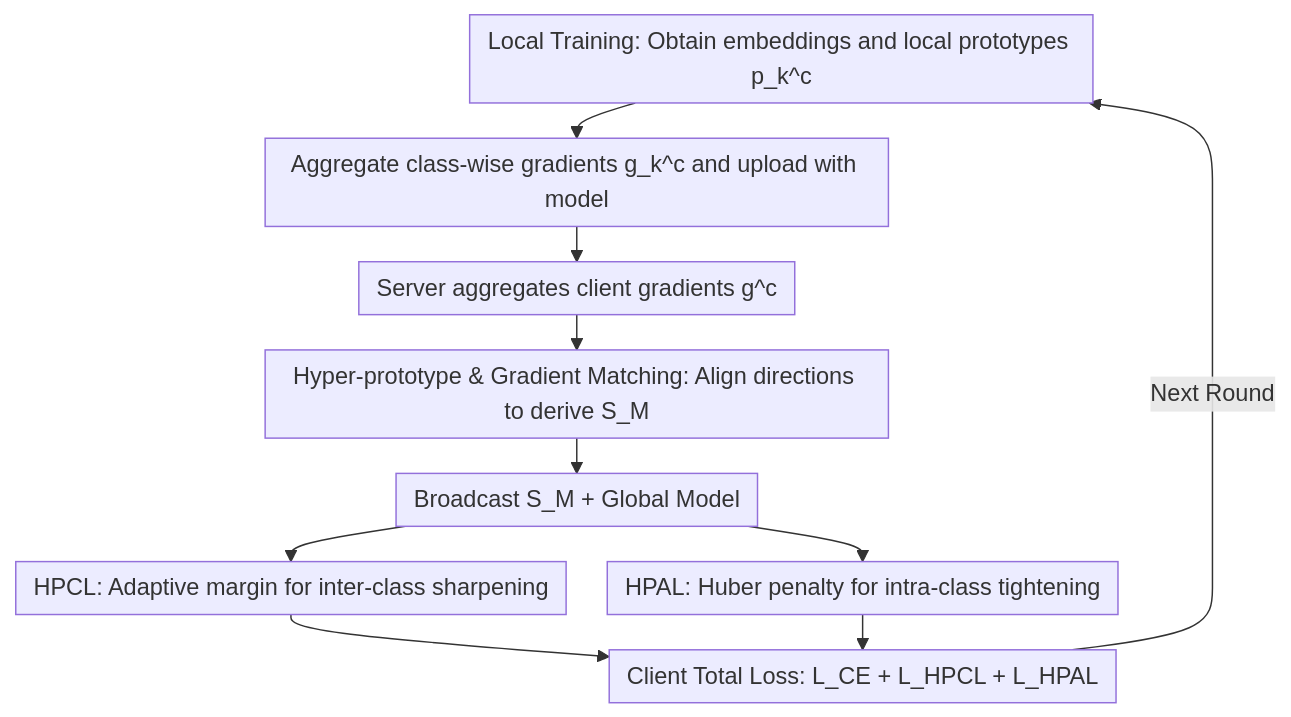
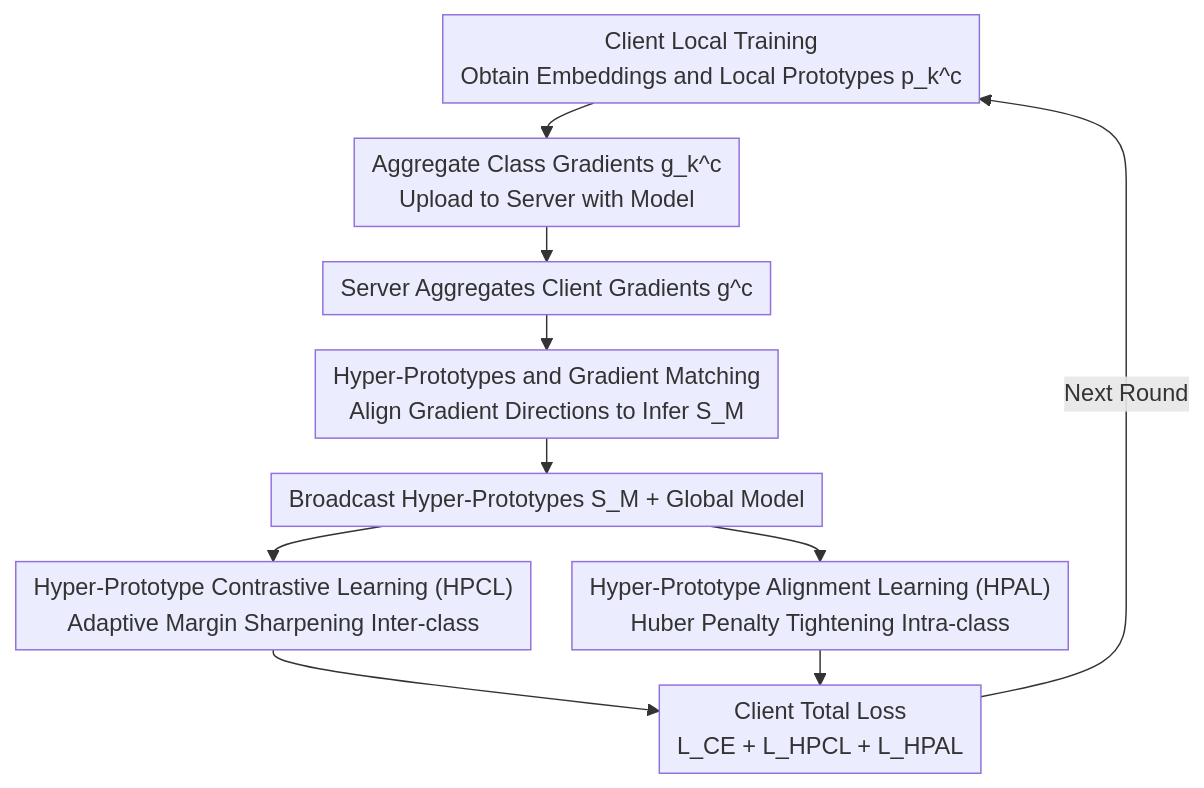
The diagram in docs/ICML2026/ai_safety/fedhpro_federated_hyper-prototype_learning_via_gradient_matching.md (zhaoyang97/Paper-Notes-en), drawn with Mermaid before and after one commit. The commit also changed other lines of this file and 5084 other files, not shown here.

````diff
--- a/docs/ICML2026/ai_safety/fedhpro_federated_hyper-prototype_learning_via_gradient_matching.md
+++ b/docs/ICML2026/ai_safety/fedhpro_federated_hyper-prototype_learning_via_gradient_matching.md
@@ -42,13 +42,13 @@
 ```mermaid
 %%{init: {'flowchart': {'rankSpacing': 24, 'nodeSpacing': 28, 'padding': 6, 'wrappingWidth': 400}}}%%
 flowchart TD
-    A["Local Training: Obtain embeddings and local prototypes p_k^c"] --> B["Aggregate class-wise gradients g_k^c and upload with model"]
-    B --> C["Server aggregates client gradients g^c"]
-    C --> D["Hyper-prototype & Gradient Matching: Align directions to derive S_M"]
-    D --> E["Broadcast S_M + Global Model"]
-    E --> F["HPCL: Adaptive margin for inter-class sharpening"]
-    E --> G["HPAL: Huber penalty for intra-class tightening"]
-    F --> H["Client Total Loss: L_CE + L_HPCL + L_HPAL"]
+    A["Client Local Training<br/>Obtain Embeddings and Local Prototypes p_k^c"] --> B["Aggregate Class Gradients g_k^c<br/>Upload to Server with Model"]
+    B --> C["Server Aggregates Client Gradients g^c"]
+    C --> D["Hyper-Prototypes and Gradient Matching<br/>Align Gradient Directions to Infer S_M"]
+    D --> E["Broadcast Hyper-Prototypes S_M + Global Model"]
+    E --> F["Hyper-Prototype Contrastive Learning (HPCL)<br/>Adaptive Margin Sharpening Inter-class"]
+    E --> G["Hyper-Prototype Alignment Learning (HPAL)<br/>Huber Penalty Tightening Intra-class"]
+    F --> H["Client Total Loss<br/>L_CE + L_HPCL + L_HPAL"]
     G --> H
     H -->|Next Round| A
 ```
````
